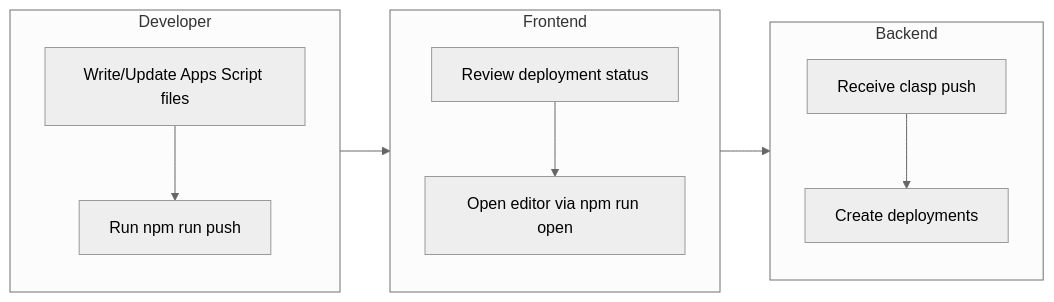
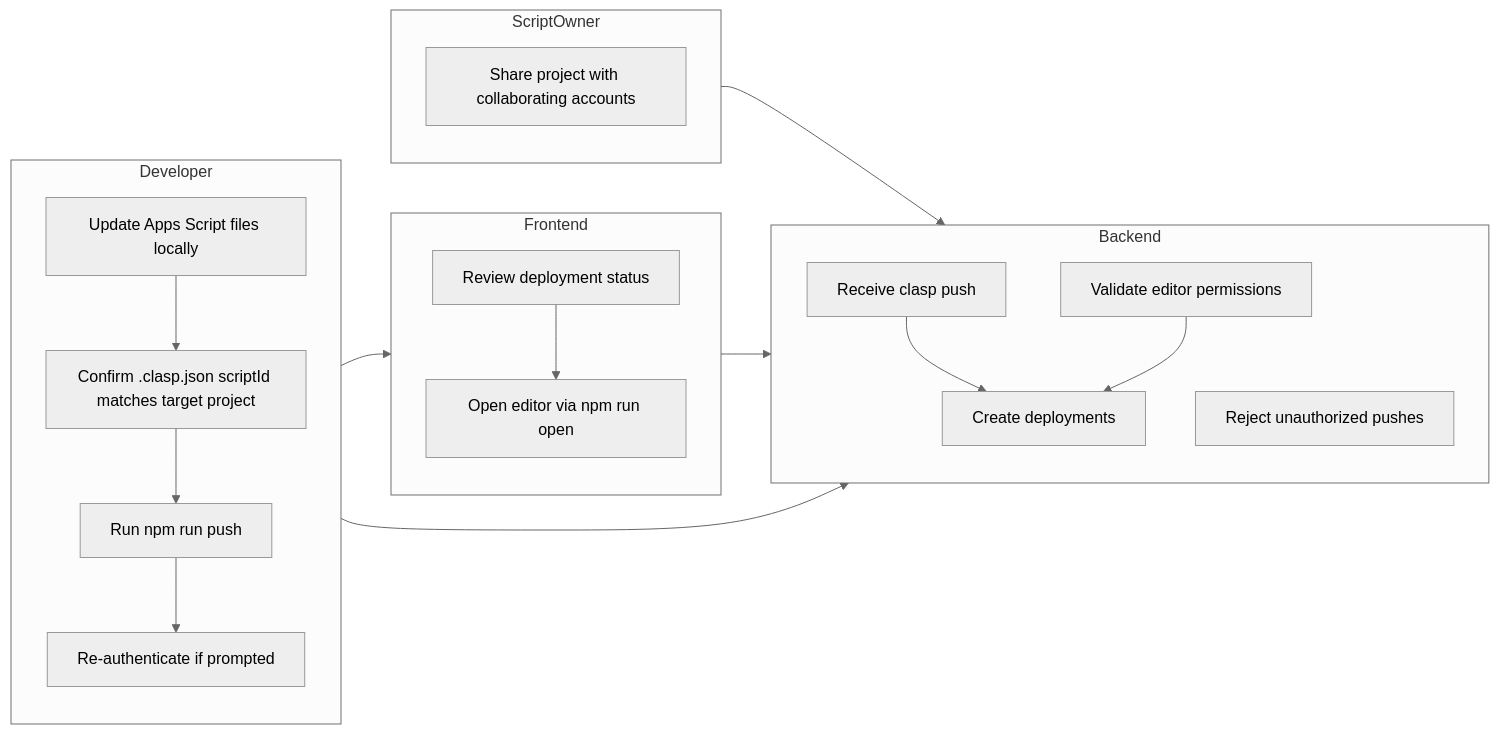
The fifth of 5 diagrams in README.md (muyueh/hello-claps), drawn with Mermaid (neutral theme) before and after one commit. The commit also changed other lines of this file and 1 other file, not shown here.

Commit message:
chore: rebind clasp project

````diff
--- a/README.md
+++ b/README.md
@@ -47,19 +81,30 @@
 ```mermaid
 flowchart LR
   subgraph Developer
     direction TB
-    A1[Write/Update Apps Script files]
-    A2[Run npm run push]
+    A1[Update Apps Script files locally]
+    A2[Confirm .clasp.json scriptId matches target project]
+    A3[Run npm run push]
+    A4[Re-authenticate if prompted]
   end
   subgraph Frontend
     direction TB
     B1[Review deployment status]
     B2[Open editor via npm run open]
   end
   subgraph Backend
     direction TB
     C1[Receive clasp push]
-    C2[Create deployments]
+    C2[Validate editor permissions]
+    C3[Create deployments]
+    C4[Reject unauthorized pushes]
   end
-  A1 --> A2 --> B1 --> B2 --> C1 --> C2
+  subgraph ScriptOwner
+    direction TB
+    D1[Share project with collaborating accounts]
+  end
+  A1 --> A2 --> A3 --> B1 --> B2 --> C1 --> C3
+  A3 --> A4 --> C4
+  D1 --> C2
+  C2 --> C3
 ```
````
